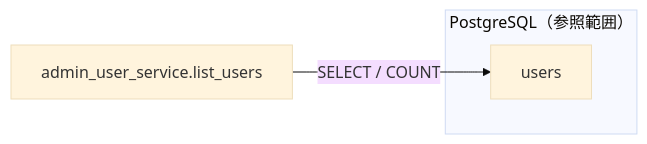
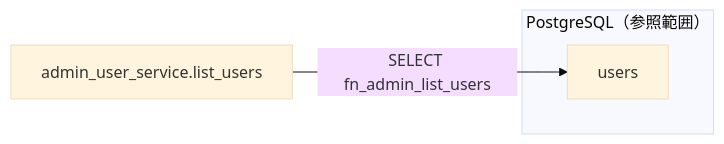
The fourth of 4 diagrams in detailed_design/api/admin/01_get_admin_users.md (oikawa-d/task_management), drawn with Mermaid (base theme) before and after one commit. The commit also changed other lines of this file and 58 other files, not shown here.

````diff
--- a/detailed_design/api/admin/01_get_admin_users.md
+++ b/detailed_design/api/admin/01_get_admin_users.md
@@ -207,7 +207,7 @@
 ```mermaid
 flowchart LR
     subgraph PG["PostgreSQL（参照範囲）"]
         T1["users"]
     end
-    S["admin_user_service.list_users"] -->|"SELECT / COUNT"| T1
+    S["admin_user_service.list_users"] -->|"SELECT fn_admin_list_users"| T1
 ```
````
